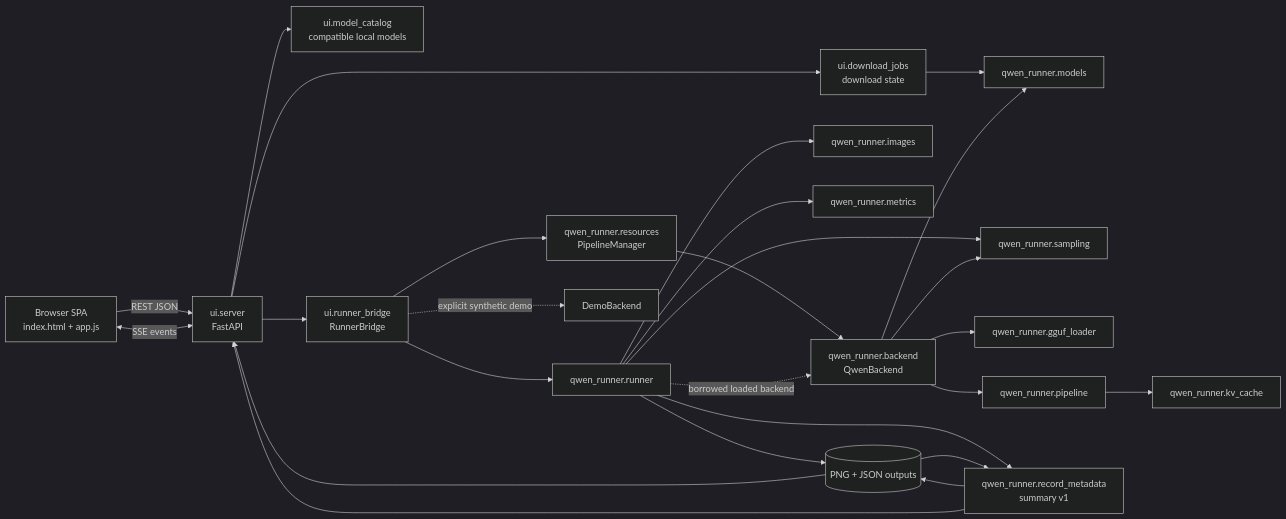
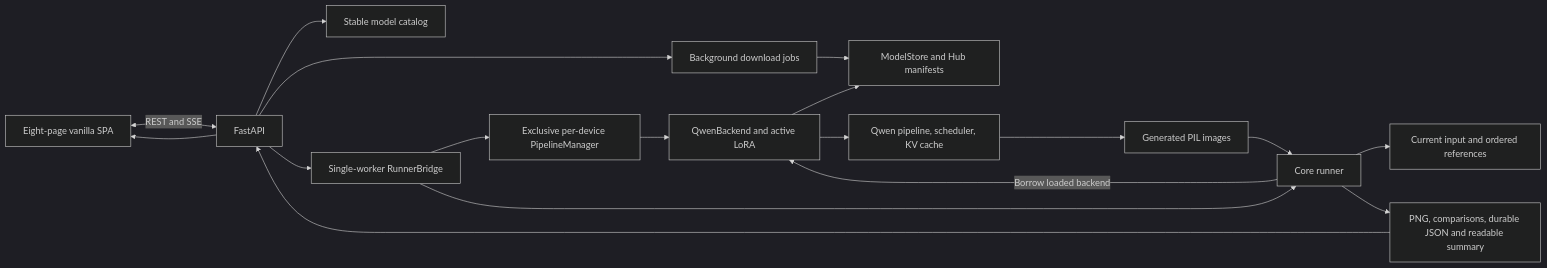
The diagram in CONTEXT.md (Farzine/qwen_workflow_runner), drawn with Mermaid (dark theme) before and after one commit. The commit also changed other lines of this file and 3 other files, not shown here.

````diff
--- a/CONTEXT.md
+++ b/CONTEXT.md
@@ -61,28 +64,20 @@
 ```mermaid
 flowchart LR
-    Browser[Browser SPA<br/>index.html + app.js] -->|REST JSON| Server[ui.server<br/>FastAPI]
-    Browser <-->|SSE events| Server
-    Server --> Catalog[ui.model_catalog<br/>compatible local models]
-    Server --> Downloads[ui.download_jobs<br/>download state]
-    Downloads --> Models
-    Server --> Bridge[ui.runner_bridge<br/>RunnerBridge]
-    Bridge --> Manager[qwen_runner.resources<br/>PipelineManager]
-    Bridge --> Runner[qwen_runner.runner]
-    Runner --> Images[qwen_runner.images]
-    Runner --> Metrics[qwen_runner.metrics]
-    Runner --> Sampling[qwen_runner.sampling]
-    Manager --> Backend[qwen_runner.backend<br/>QwenBackend]
-    Runner -. borrowed loaded backend .-> Backend
-    Bridge -. explicit synthetic demo .-> Demo[DemoBackend]
-    Backend --> Models[qwen_runner.models]
-    Backend --> GGUF[qwen_runner.gguf_loader]
-    Backend --> Pipeline[qwen_runner.pipeline]
-    Backend --> Sampling
-    Pipeline --> Cache[qwen_runner.kv_cache]
-    Runner --> Outputs[(PNG + JSON outputs)]
-    Runner --> Summary[qwen_runner.record_metadata<br/>summary v1]
-    Summary --> Outputs
-    Outputs --> Summary
-    Summary --> Server
-    Outputs --> Server
+    UI[Eight-page vanilla SPA] <-->|REST and SSE| API[FastAPI]
+    API --> Catalog[Stable model catalog]
+    API --> Downloads[Background download jobs]
+    Downloads --> Store[ModelStore and Hub manifests]
+    API --> Bridge[Single-worker RunnerBridge]
+    Bridge --> Manager[Exclusive per-device PipelineManager]
+    Manager --> Backend[QwenBackend and active LoRA]
+    Bridge --> Runner[Core runner]
+    Runner --> Images[Current input and ordered references]
+    Runner -->|Borrow loaded backend| Backend
+    Backend --> Store
+    Backend --> Pipeline[Qwen pipeline, scheduler, KV cache]
+    Pipeline --> Generated[Generated PIL images]
+    Generated --> Runner
+    Runner --> Disk[PNG, comparisons, durable JSON and readable summary]
+    Disk --> API
+    API --> UI
 ```
````
